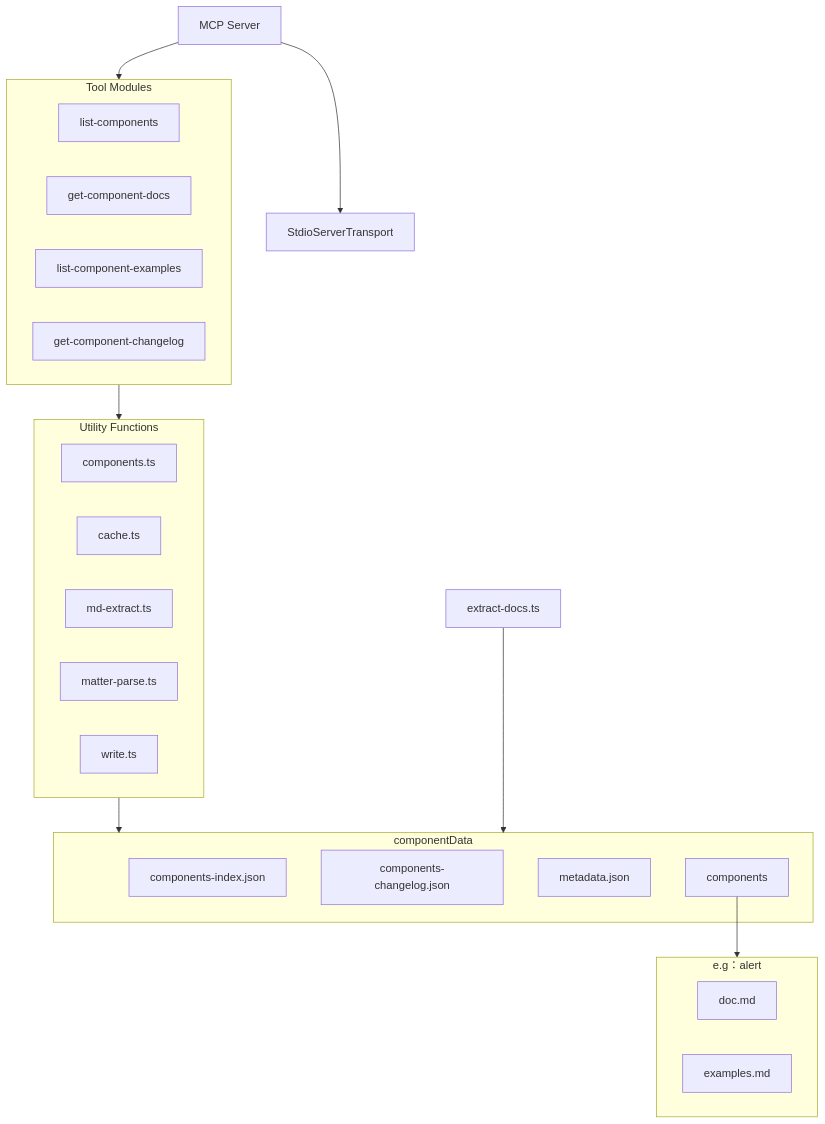
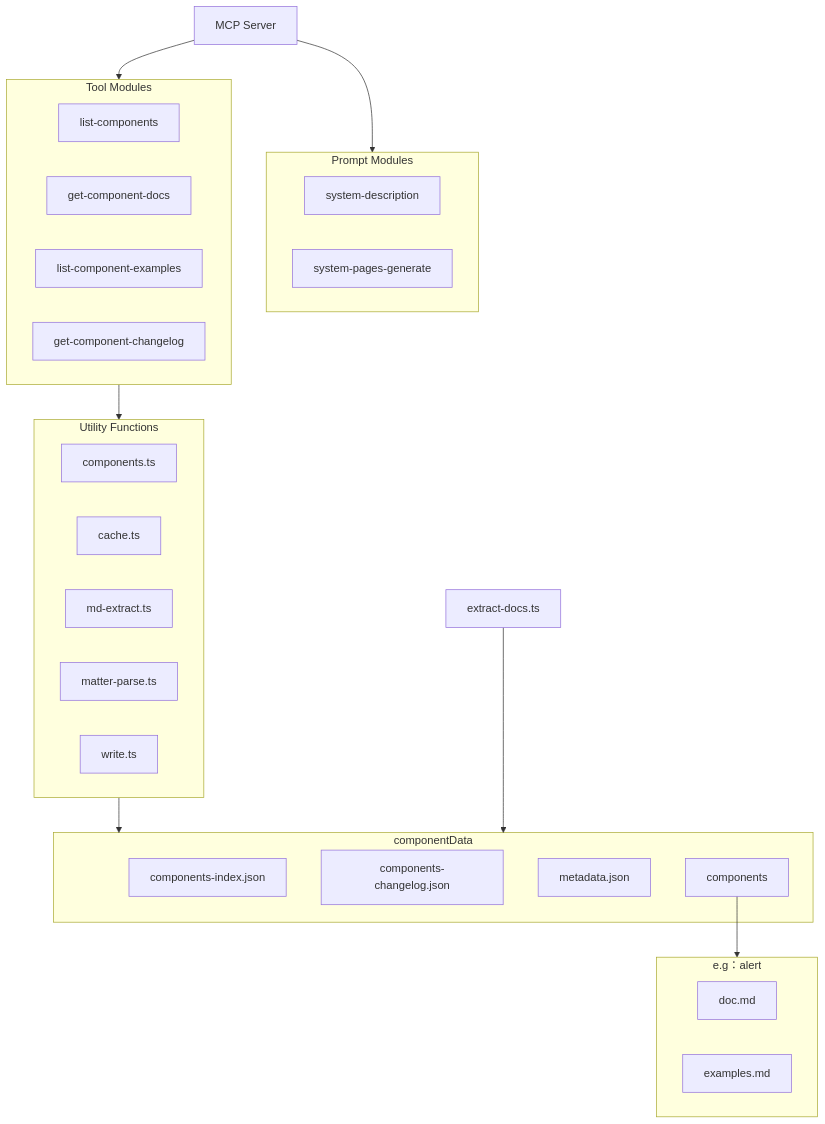
One commit to zhixiaoqiang/antd-components-mcp changed the first of 4 diagrams in README.md. Above: the diagram before and after it, drawn with Mermaid. The commit also changed 2 other files, not shown here.

Commit message:
feat: 更新整体架构图

````diff
--- a/README.md
+++ b/README.md
@@ -262,47 +262,53 @@
 ```mermaid
 graph TD
     %% Main modules
     Server[MCP Server] --> Tools
-    Server --> Transport[StdioServerTransport]
-    
+    Server[MCP Server] --> Prompts
+
+    %% Prompt modules
+    subgraph Prompts[Prompt Modules]
+        SystemDescription[system-description]
+        SystemPagesGenerate[system-pages-generate]
+    end
+
     %% Tool modules
     subgraph Tools[Tool Modules]
         ListComponents[list-components]
         GetDocs[get-component-docs]
         ListExamples[list-component-examples]
         GetChangelog[get-component-changelog]
     end
     
     %% Tool utility functions
     Tools --> Utils
     
     subgraph Utils[Utility Functions]
         Components[components.ts]
         Cache[cache.ts]
         MdExtract[md-extract.ts]
         MatterParse[matter-parse.ts]
         Write[write.ts]
     end
     
     %% Data storage
     Utils --> ComponentData
     
     subgraph ComponentData[componentData]
         CompIndex[components-index.json]
         CompChangelog[components-changelog.json]
         MetaData[metadata.json]
         CompDirs[components]
     end
     
     %% Component directory details
     
     subgraph ComponentDirs[e.g：alert]
         DocFiles[doc.md]
         ExampleFiles[examples.md]
     end
 
     CompDirs --> ComponentDirs
     
     %% Data extraction script
     Scripts[extract-docs.ts] --> ComponentData
 ```
````
